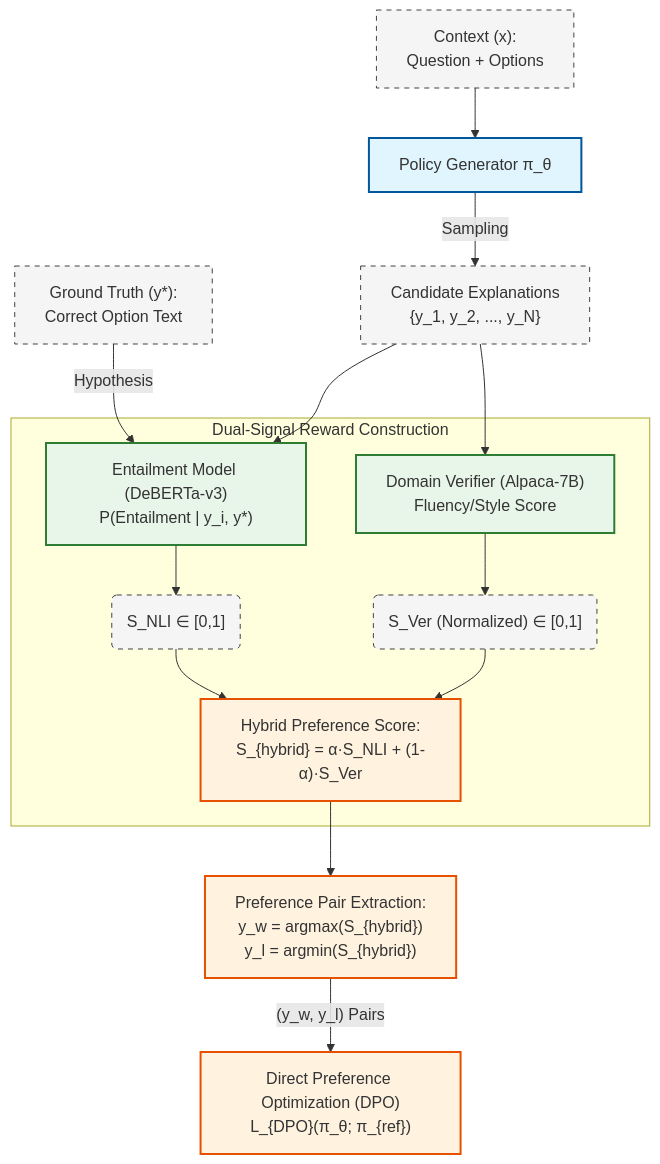
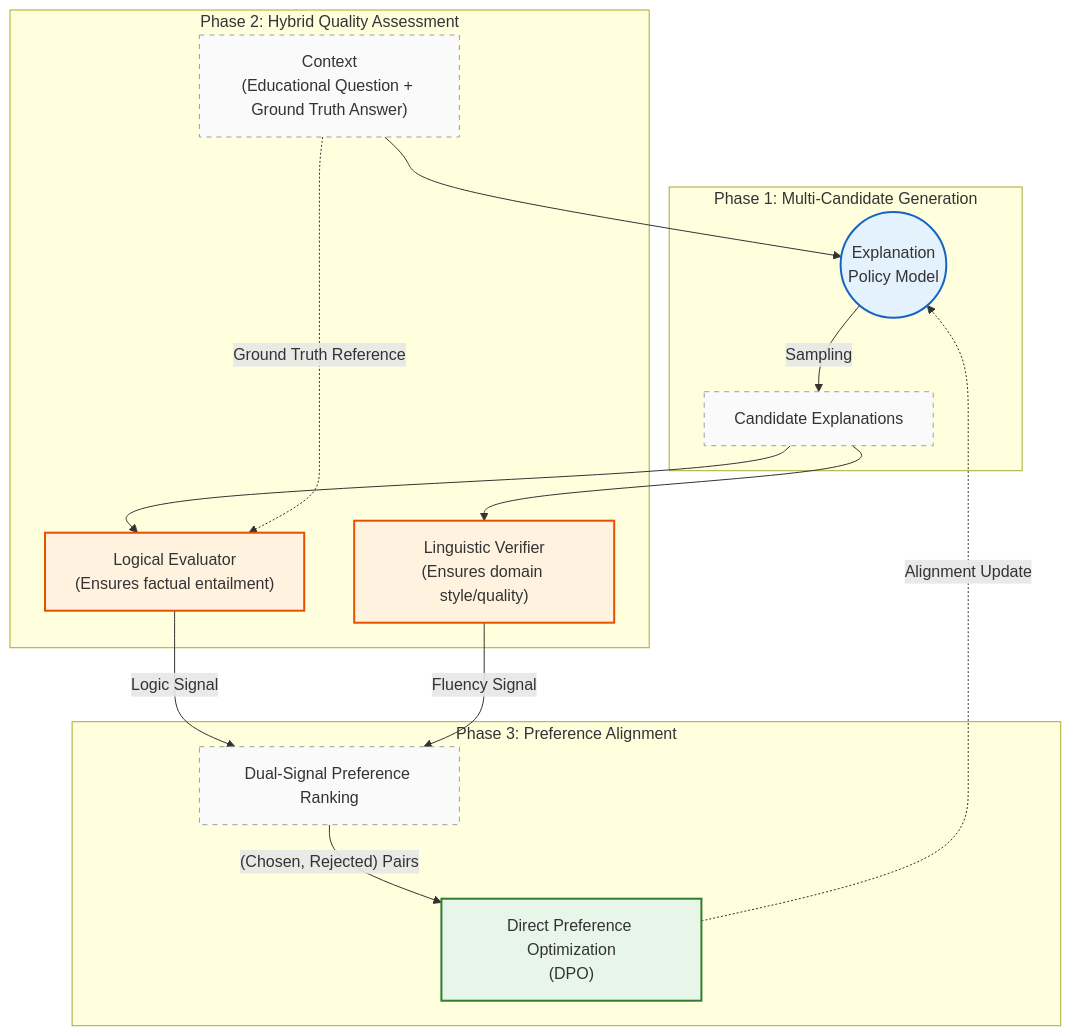
The second of 2 diagrams in README_RL.md (14H034160212/Explanation-Generation), drawn with Mermaid before and after one commit. The commit also changed other lines of this file, not shown here.

Commit message:
docs: replace academic mermaid diagram with high-level conceptual framework

````diff
--- a/README_RL.md
+++ b/README_RL.md
@@ -420,44 +420,31 @@
 ```mermaid
 graph TD
-    %% Define Styles
-    classDef model fill:#e1f5fe,stroke:#01579b,stroke-width:2px;
-    classDef data fill:#f5f5f5,stroke:#424242,stroke-width:1px,stroke-dasharray: 5 5;
-    classDef metric fill:#e8f5e9,stroke:#2e7d32,stroke-width:2px;
-    classDef process fill:#fff3e0,stroke:#e65100,stroke-width:2px;
+    classDef generator fill:#e3f2fd,stroke:#1565c0,stroke-width:2px;
+    classDef evaluation fill:#fff3e0,stroke:#e65100,stroke-width:2px;
+    classDef alignment fill:#e8f5e9,stroke:#2e7d32,stroke-width:2px;
+    classDef context fill:#fafafa,stroke:#9e9e9e,stroke-width:1px,stroke-dasharray: 5 5;
+
+    Input["Context<br/>(Educational Question + Ground Truth Answer)"]:::context
+    Policy(("Explanation<br/>Policy Model")):::generator
     
-    %% Nodes
-    Ctx["Context (x):<br/>Question + Options"]:::data
-    Ans["Ground Truth (y*):<br/>Correct Option Text"]:::data
-    Gen["Policy Generator π_θ"]:::model
-    Cands["Candidate Explanations<br/>{y_1, y_2, ..., y_N}"]:::data
+    Input --> Policy
     
-    subgraph "Dual-Signal Reward Construction"
-        NLI["Entailment Model (DeBERTa-v3)<br/>P(Entailment | y_i, y*)"]:::metric
-        Ver["Domain Verifier (Alpaca-7B)<br/>Fluency/Style Score"]:::metric
-        
-        S_NLI("S_NLI ∈ [0,1]"):::data
-        S_Ver("S_Ver (Normalized) ∈ [0,1]"):::data
-        
-        Combine["Hybrid Preference Score:<br/>S_{hybrid} = α·S_NLI + (1-α)·S_Ver"]:::process
+    subgraph "Phase 1: Multi-Candidate Generation"
+        Policy -->|Sampling| Cands["Candidate Explanations"]:::context
     end
     
-    Rank["Preference Pair Extraction:<br/>y_w = argmax(S_{hybrid})<br/>y_l = argmin(S_{hybrid})"]:::process
-    Opt["Direct Preference Optimization (DPO)<br/>L_{DPO}(π_θ; π_{ref})"]:::process
+    subgraph "Phase 2: Hybrid Quality Assessment"
+        Cands --> Logic["Logical Evaluator<br/>(Ensures factual entailment)"]:::evaluation
+        Cands --> Fluency["Linguistic Verifier<br/>(Ensures domain style/quality)"]:::evaluation
+        Input -.->|Ground Truth Reference| Logic
+    end
     
-    %% Edges
-    Ctx --> Gen
-    Gen -->|Sampling| Cands
+    Logic -->|Logic Signal| Rank["Dual-Signal Preference Ranking"]:::context
+    Fluency -->|Fluency Signal| Rank
     
-    Cands --> NLI
-    Ans -->|Hypothesis| NLI
-    Cands --> Ver
+    subgraph "Phase 3: Preference Alignment"
+        Rank -->|"(Chosen, Rejected) Pairs"| DPO["Direct Preference Optimization<br/>(DPO)"]:::alignment
+    end
     
-    NLI --> S_NLI
-    Ver --> S_Ver
-    
-    S_NLI --> Combine
-    S_Ver --> Combine
-    
-    Combine --> Rank
-    Rank -->|"(y_w, y_l) Pairs"| Opt
+    DPO -.->|Alignment Update| Policy
 ```
````
